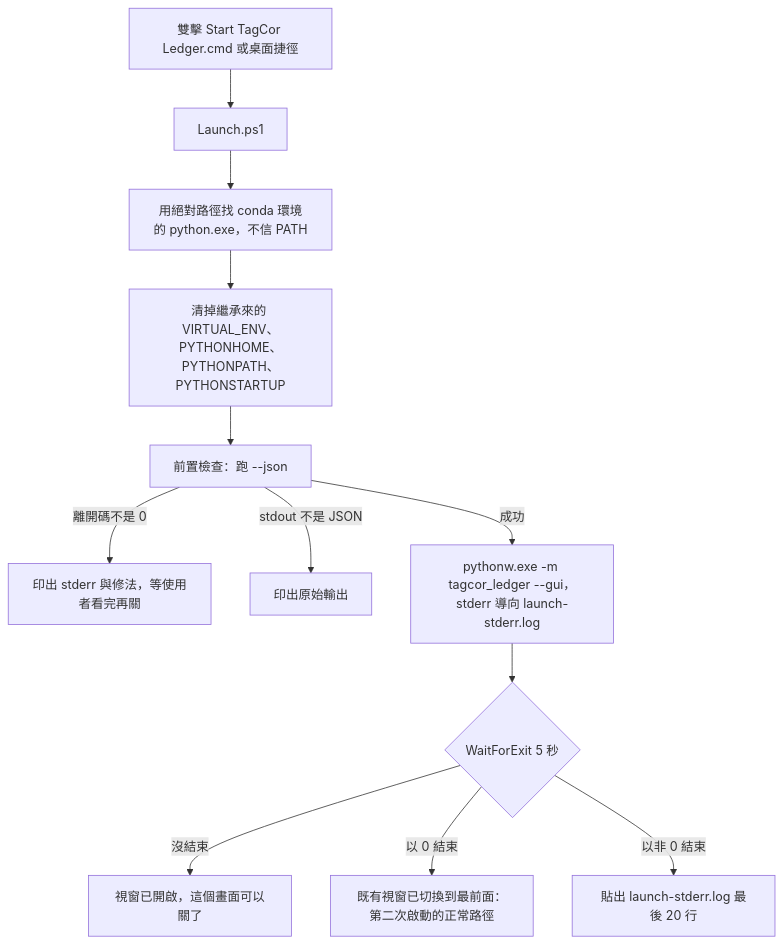
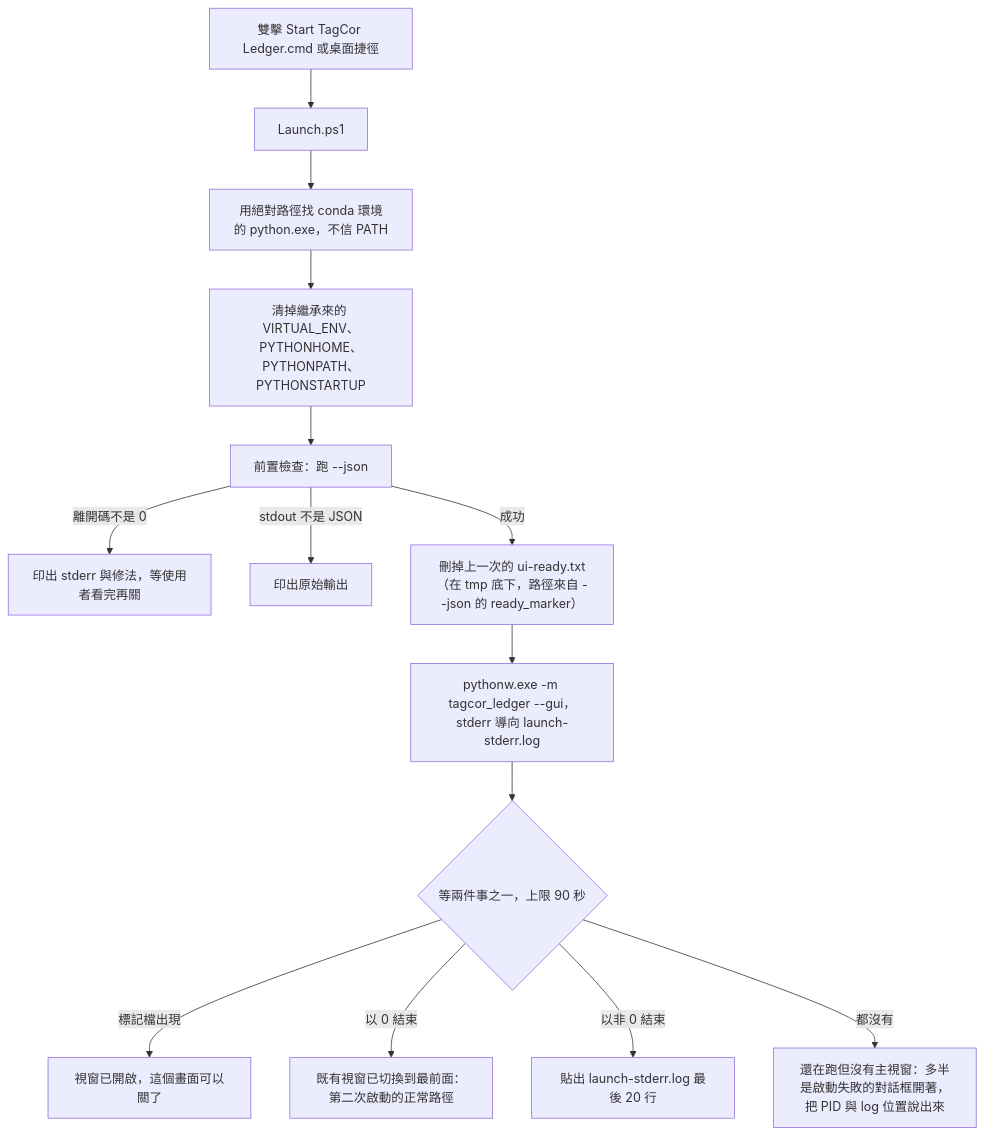
Before and after one commit to SpringRain555/tagcor-ledger: the first of 3 diagrams in docs/architecture/app-lifecycle.md, drawn with Mermaid. The commit also changed other lines of this file and 12 other files, not shown here.

````diff
--- a/docs/architecture/app-lifecycle.md
+++ b/docs/architecture/app-lifecycle.md
@@ -13,14 +13,16 @@
 ```mermaid
 flowchart TD
   S1["雙擊 Start TagCor Ledger.cmd 或桌面捷徑"] --> L["Launch.ps1"]
   L --> C1["用絕對路徑找 conda 環境的 python.exe，不信 PATH"]
   C1 --> C2["清掉繼承來的 VIRTUAL_ENV、PYTHONHOME、PYTHONPATH、PYTHONSTARTUP"]
   C2 --> C3["前置檢查：跑 --json"]
   C3 -->|"離開碼不是 0"| F1["印出 stderr 與修法，等使用者看完再關"]
   C3 -->|"stdout 不是 JSON"| F2["印出原始輸出"]
-  C3 -->|"成功"| G["pythonw.exe -m tagcor_ledger --gui，stderr 導向 launch-stderr.log"]
-  G --> W{"WaitForExit 5 秒"}
-  W -->|"沒結束"| OK1["視窗已開啟，這個畫面可以關了"]
+  C3 -->|"成功"| RM["刪掉上一次的 ui-ready.txt（在 tmp 底下，路徑來自 --json 的 ready_marker）"]
+  RM --> G["pythonw.exe -m tagcor_ledger --gui，stderr 導向 launch-stderr.log"]
+  G --> W{"等兩件事之一，上限 90 秒"}
+  W -->|"標記檔出現"| OK1["視窗已開啟，這個畫面可以關了"]
   W -->|"以 0 結束"| OK2["既有視窗已切換到最前面：第二次啟動的正常路徑"]
   W -->|"以非 0 結束"| F3["貼出 launch-stderr.log 最後 20 行"]
+  W -->|"都沒有"| F4["還在跑但沒有主視窗：多半是啟動失敗的對話框開著，把 PID 與 log 位置說出來"]
 ```
````
